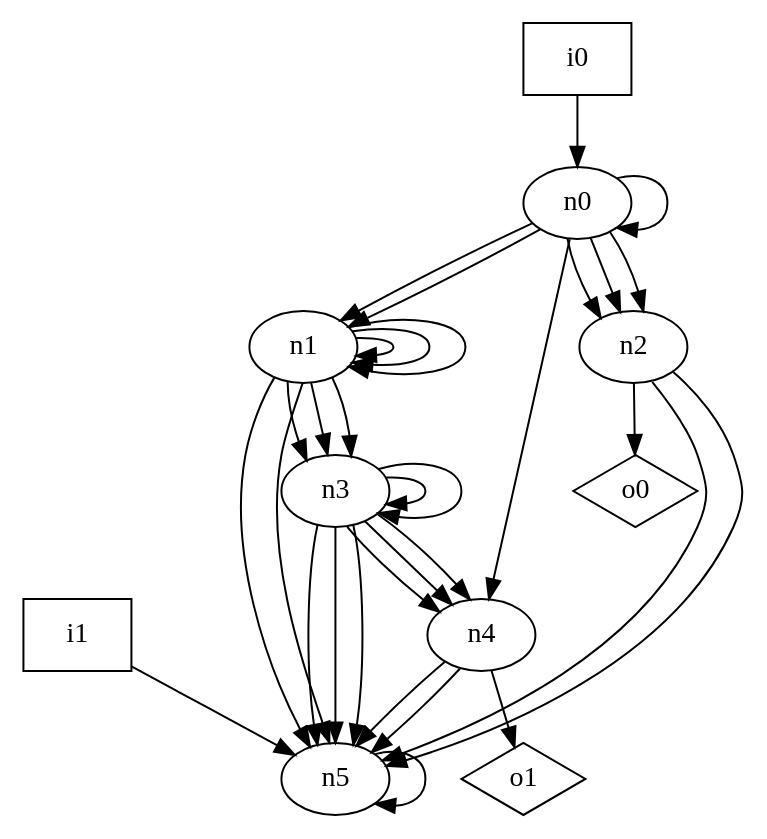
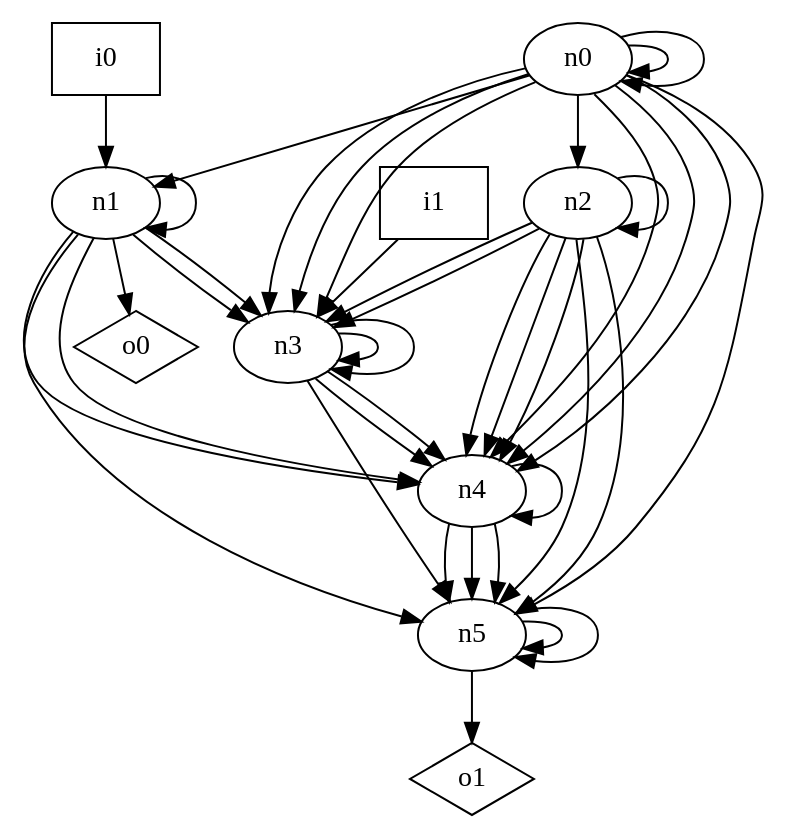
One commit to p9romain/bool-circuits changed the diagram in dot_files/random_graph/DAG_graph.dot. Above: the diagram before and after it, drawn with Graphviz. The commit also changed 74 other files, not shown here.

```diff
--- a/dot_files/random_graph/DAG_graph.dot
+++ b/dot_files/random_graph/DAG_graph.dot
@@ -1,44 +1,52 @@
 digraph G {
 n0 [label="n0"];
 n1 [label="n1"];
 n2 [label="n2"];
 n3 [label="n3"];
 n4 [label="n4"];
 n5 [label="n5"];
 n6 [label="i0",shape="box"];
 n7 [label="i1",shape="box"];
 n8 [label="o0",shape="diamond"];
 n9 [label="o1",shape="diamond"];
 n0 -> n0
-n0 -> n1
+n0 -> n0
 n0 -> n1
 n0 -> n2
-n0 -> n2
-n0 -> n2
+n0 -> n3
+n0 -> n3
+n0 -> n3
 n0 -> n4
-n1 -> n1
-n1 -> n1
+n0 -> n4
+n0 -> n4
+n0 -> n5
 n1 -> n1
 n1 -> n3
 n1 -> n3
-n1 -> n3
+n1 -> n4
+n1 -> n4
 n1 -> n5
-n1 -> n5
+n1 -> n8
+n2 -> n2
+n2 -> n3
+n2 -> n3
+n2 -> n4
+n2 -> n4
+n2 -> n4
 n2 -> n5
 n2 -> n5
-n2 -> n8
 n3 -> n3
 n3 -> n3
 n3 -> n4
 n3 -> n4
-n3 -> n4
 n3 -> n5
-n3 -> n5
-n3 -> n5
+n4 -> n4
 n4 -> n5
 n4 -> n5
-n4 -> n9
+n4 -> n5
 n5 -> n5
-n6 -> n0
-n7 -> n5
+n5 -> n5
+n5 -> n9
+n6 -> n1
+n7 -> n3
 }
```
